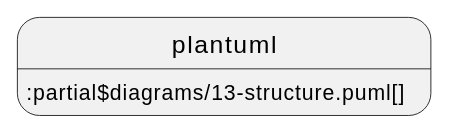
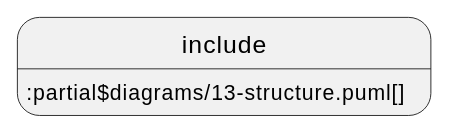
Before and after one commit to acplt/aas-specs: the second of 3 diagrams in documentation/IDTA-01001/modules/ROOT/pages/spec-metamodel/overview.adoc, drawn with PlantUML. The commit also changed other lines of this file and 14 other files, not shown here.

First line of the commit message:
Revert "Use plantuml instead of include and test ./"

```diff
--- a/documentation/IDTA-01001/modules/ROOT/pages/spec-metamodel/overview.adoc
+++ b/documentation/IDTA-01001/modules/ROOT/pages/spec-metamodel/overview.adoc
@@ -98,4 +98,4 @@
 [plantuml, 13-structure, svg]
 ....
-plantuml::partial$diagrams/13-structure.puml[]
+include::partial$diagrams/13-structure.puml[]
 ....
```
